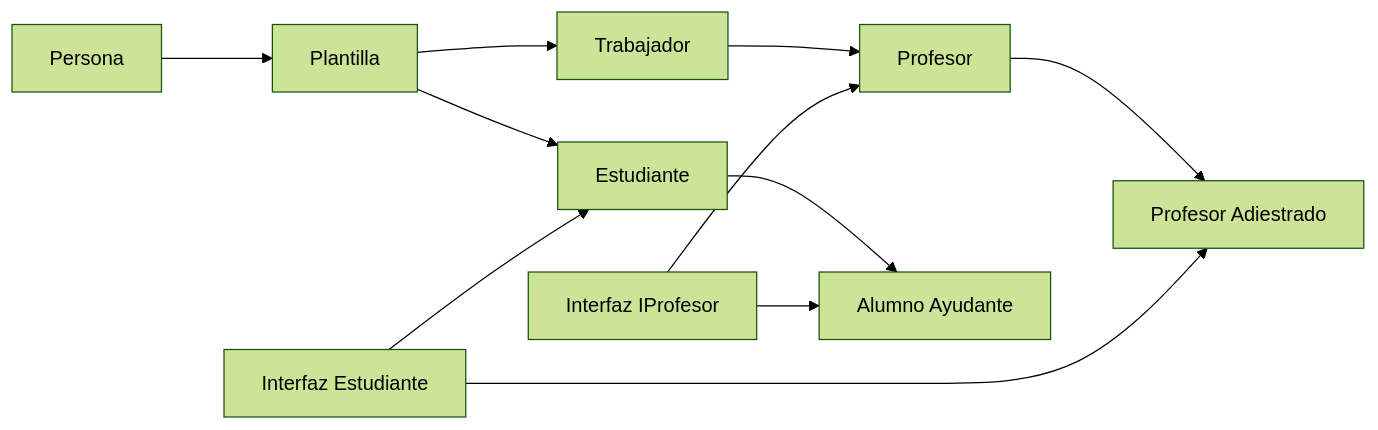
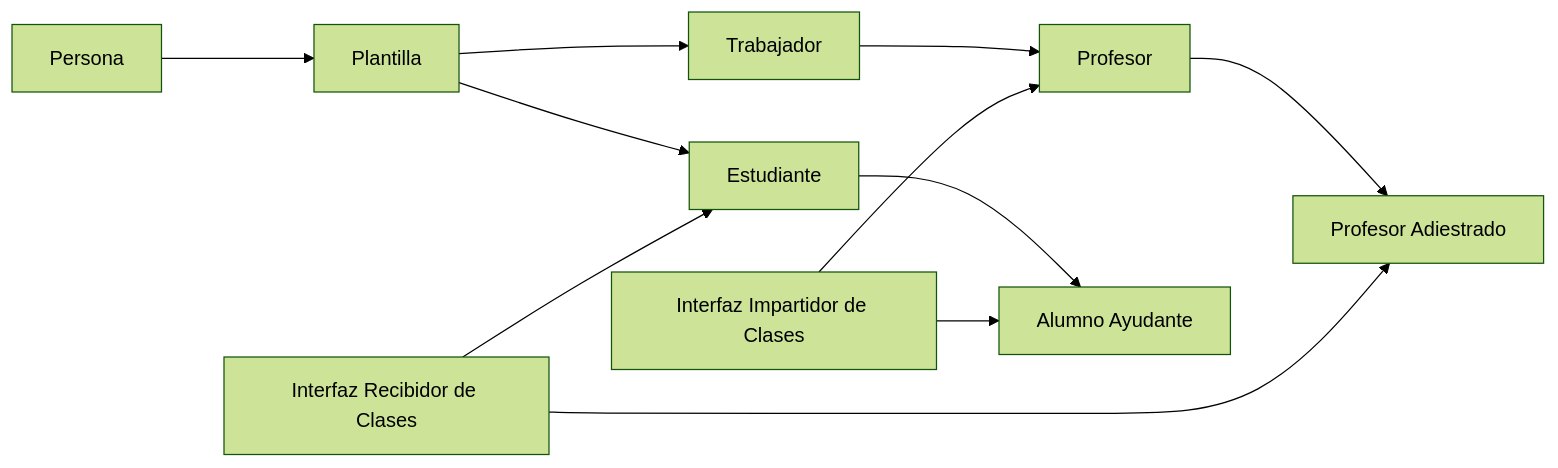
Before and after one commit to Val020213/LP-Seminario-02-Herencia: the diagram in Readme.md, drawn with Mermaid (forest theme). The commit also changed 1 other file, not shown here.

Commit message:
python ready

````diff
--- a/Readme.md
+++ b/Readme.md
@@ -13,14 +13,14 @@
 ```mermaid
 graph LR
     Persona --> Plantilla
     Plantilla --> Trabajador
     Trabajador --> Profesor
     Profesor --> PA[Profesor Adiestrado]
     Plantilla --> Estudiante
     Estudiante --> AA[Alumno Ayudante]
 
-    IE[Interfaz Estudiante] --> Estudiante
-    IE[Interfaz Estudiante] --> PA[Profesor Adiestrado]
-    IP[Interfaz IProfesor] --> Profesor
-    IP[Interfaz IProfesor] --> AA[Alumno Ayudante]
+    IE[Interfaz Recibidor de Clases] --> Estudiante
+    IE[Interfaz Recibidor de Clases] --> PA[Profesor Adiestrado]
+    IP[Interfaz Impartidor de Clases] --> Profesor
+    IP[Interfaz Impartidor de Clases] --> AA[Alumno Ayudante]
 ```
````
